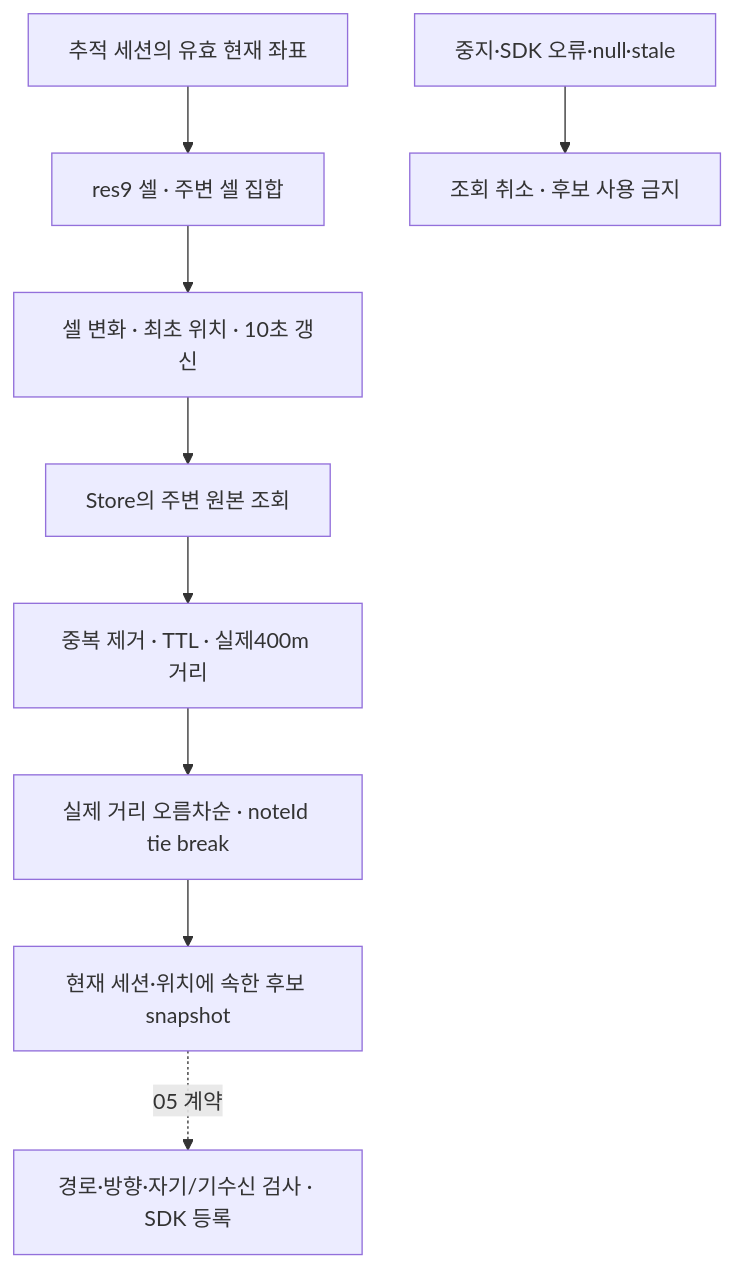
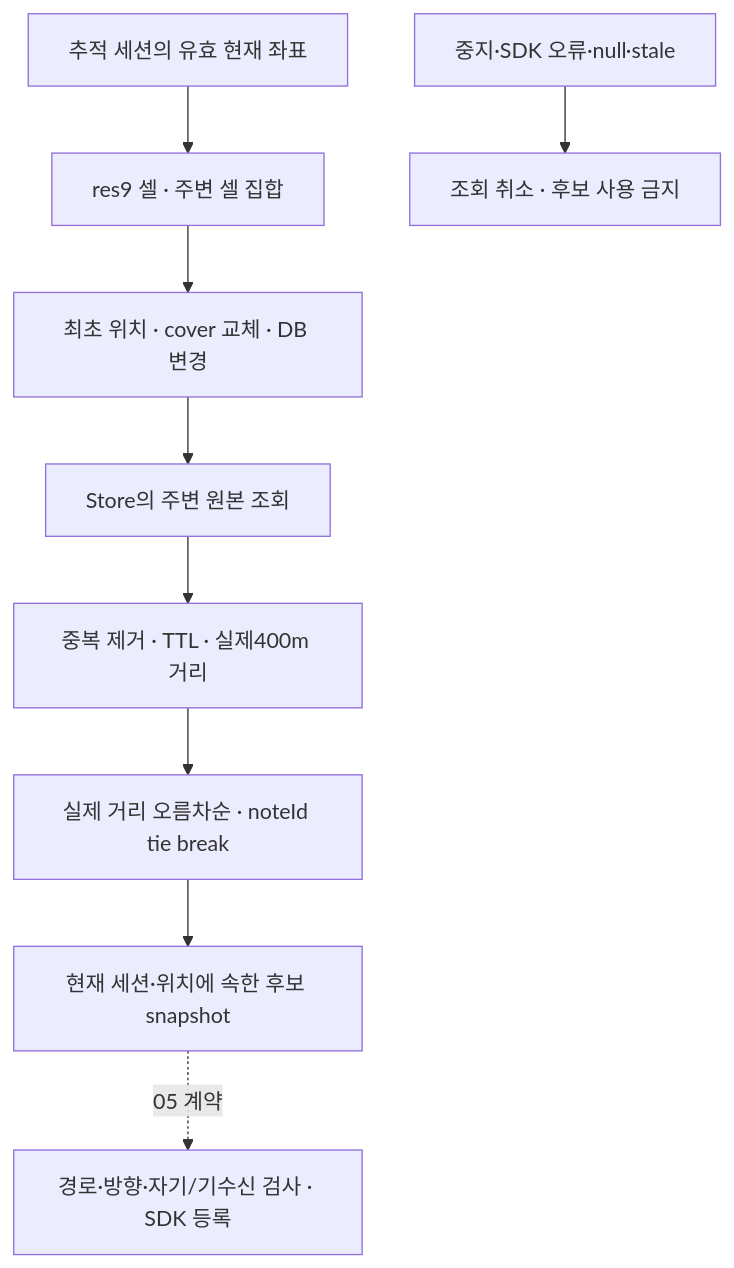
Before and after one commit to jin-kim-240204/hyundai-and-gretel: the diagram in docs/specs/road-notes/04-nearby-candidates.md, drawn with Mermaid. The commit also changed other lines of this file and 2 other files, not shown here.

Commit message:
docs: 04 후보 소비와 Room Flow 리뷰 판단 반영

````diff
--- a/docs/specs/road-notes/04-nearby-candidates.md
+++ b/docs/specs/road-notes/04-nearby-candidates.md
@@ -16,11 +16,11 @@
 ```mermaid
 flowchart TD
     Fix[추적 세션의 유효 현재 좌표] --> Cover[res9 셀 · 주변 셀 집합]
-    Cover --> Refresh[셀 변화 · 최초 위치 · 10초 갱신]
+    Cover --> Refresh[최초 위치 · cover 교체 · DB 변경]
     Refresh --> Query[Store의 주변 원본 조회]
     Query --> Filter[중복 제거 · TTL · 실제400m 거리]
     Filter --> Sort[실제 거리 오름차순 · noteId tie break]
     Sort --> Snapshot[현재 세션·위치에 속한 후보 snapshot]
     Snapshot -. 05 계약 .-> Pickup[경로·방향·자기/기수신 검사 · SDK 등록]
     Stop[중지·SDK 오류·null·stale] --> Clear[조회 취소 · 후보 사용 금지]
 ```
````
